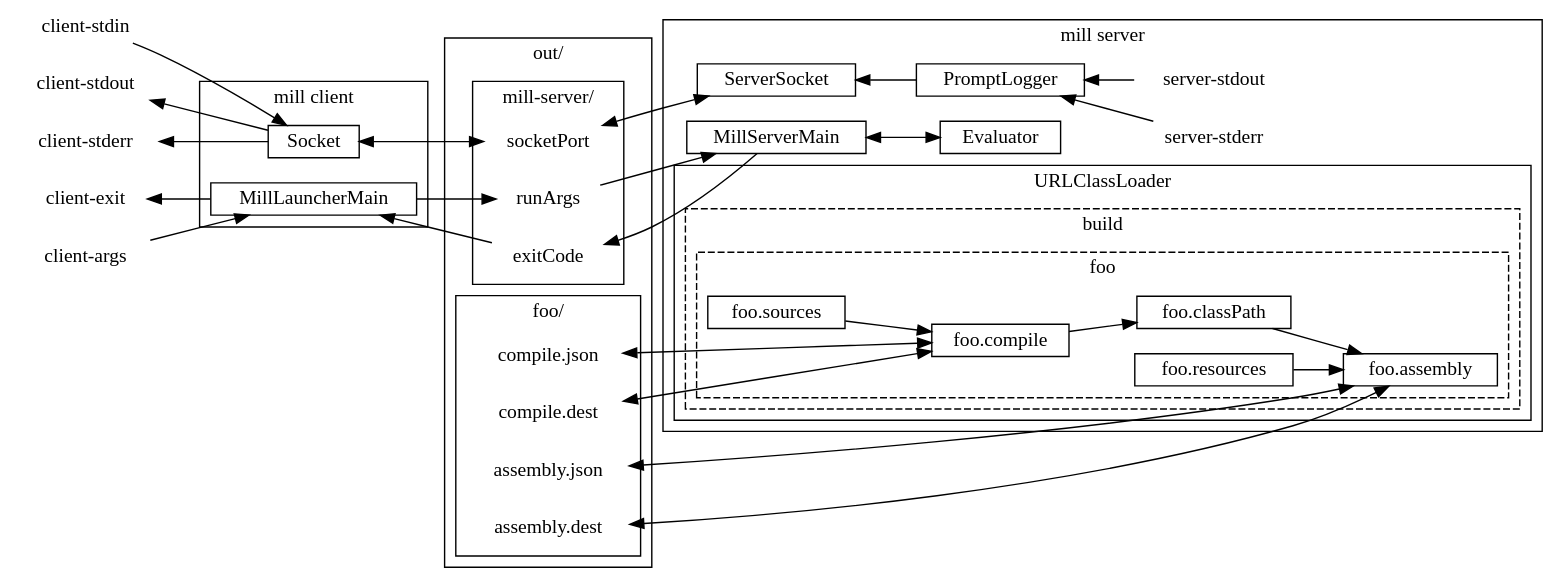
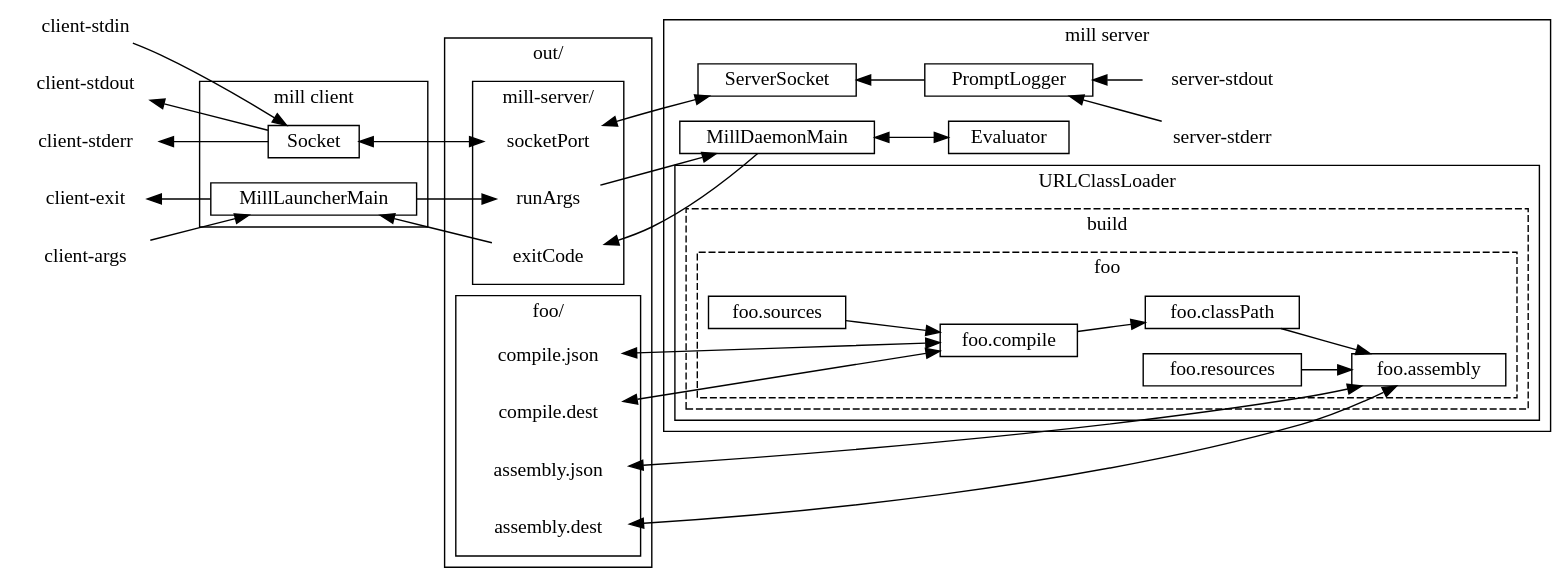
Before and after one commit to com-lihaoyi/mill: the diagram in website/docs/modules/ROOT/pages/depth/process-architecture.adoc, drawn with Graphviz. The commit also changed 5 other files, not shown here.

Commit message:
rename MillServerMain to MillDaemonMain

```diff
--- a/website/docs/modules/ROOT/pages/depth/process-architecture.adoc
+++ b/website/docs/modules/ROOT/pages/depth/process-architecture.adoc
@@ -53,7 +53,7 @@
   subgraph cluster_server {
     label = "mill server";
     "PromptLogger"
-    "MillServerMain"
+    "MillDaemonMain"
     "Evaluator"
     "ServerSocket"
 
@@ -78,10 +78,10 @@
   }
 
 
-  "runArgs" -> "MillServerMain"
-  "MillServerMain" -> "Evaluator" [dir=both]
+  "runArgs" -> "MillDaemonMain"
+  "MillDaemonMain" -> "Evaluator" [dir=both]
   "ServerSocket" -> "PromptLogger" [dir=back]
-  "exitCode" -> "MillServerMain" [dir=back]
+  "exitCode" -> "MillDaemonMain" [dir=back]
   "MillLauncherMain" -> "exitCode" [dir=back]
   "Socket" -> "socketPort"  [dir=both]
   "socketPort" -> "ServerSocket"  [dir=both]
```
